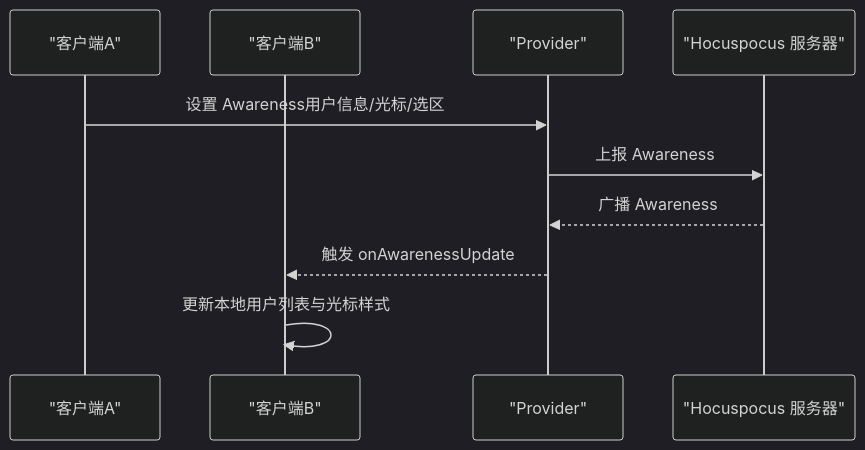
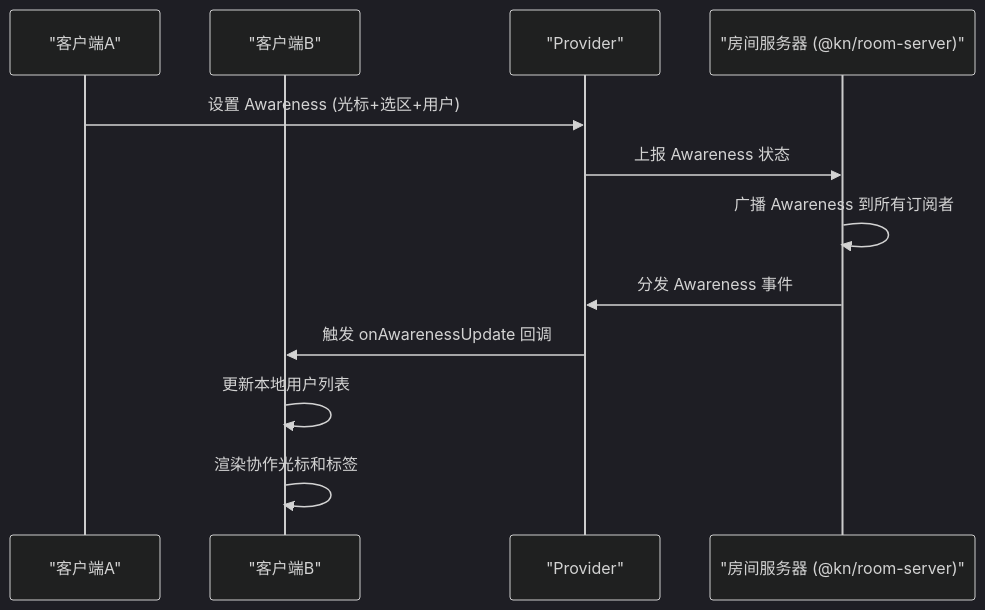
One commit to LRF0422/Kotion changed the ninth of 18 diagrams in .qoder/repowiki/zh/content/架构设计/实时协作架构.md. Above: the diagram before and after it, drawn with Mermaid (dark theme). The commit also changed other lines of this file and 75 other files, not shown here.

````diff
--- a/.qoder/repowiki/zh/content/架构设计/实时协作架构.md
+++ b/.qoder/repowiki/zh/content/架构设计/实时协作架构.md
@@ -209,12 +445,14 @@
 ```mermaid
 sequenceDiagram
-participant C1 as "客户端A"
-participant C2 as "客户端B"
+participant ClientA as "客户端A"
+participant ClientB as "客户端B"
 participant Provider as "Provider"
-participant Server as "Hocuspocus 服务器"
-C1->>Provider : 设置 Awareness用户信息/光标/选区
-Provider->>Server : 上报 Awareness
-Server-->>Provider : 广播 Awareness
-Provider-->>C2 : 触发 onAwarenessUpdate
-C2->>C2 : 更新本地用户列表与光标样式
+participant Server as "房间服务器 (@kn/room-server)"
+ClientA->>Provider : 设置 Awareness (光标+选区+用户)
+Provider->>Server : 上报 Awareness 状态
+Server->>Server : 广播 Awareness 到所有订阅者
+Server->>Provider : 分发 Awareness 事件
+Provider->>ClientB : 触发 onAwarenessUpdate 回调
+ClientB->>ClientB : 更新本地用户列表
+ClientB->>ClientB : 渲染协作光标和标签
 ```
````
